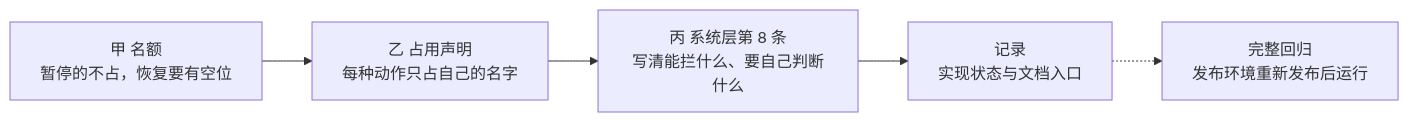
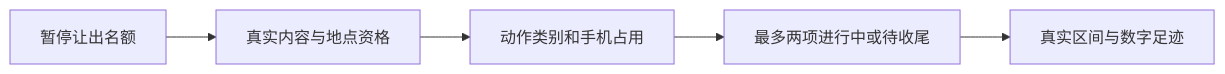
The diagram in docs/dev/SPEC-parallel-activities.md (HoldThatThgt/WorldMock), drawn with Mermaid before and after one commit. The commit also changed other lines of this file and 43 other files, not shown here.

````diff
--- a/docs/dev/SPEC-parallel-activities.md
+++ b/docs/dev/SPEC-parallel-activities.md
@@ -25,7 +17,7 @@
 ```mermaid
 flowchart LR
-    A[甲 名额<br/>暂停的不占，恢复要有空位] --> B[乙 占用声明<br/>每种动作只占自己的名字]
-    B --> C[丙 系统层第 8 条<br/>写清能拦什么、要自己判断什么]
-    C --> D[记录<br/>实现状态与文档入口]
-    D -.-> E[完整回归<br/>发布环境重新发布后运行]
+    A[暂停让出名额] --> B[真实内容与地点资格]
+    B --> C[动作类别和手机占用]
+    C --> D[最多两项进行中或待收尾]
+    D --> E[真实区间与数字足迹]
 ```
````
